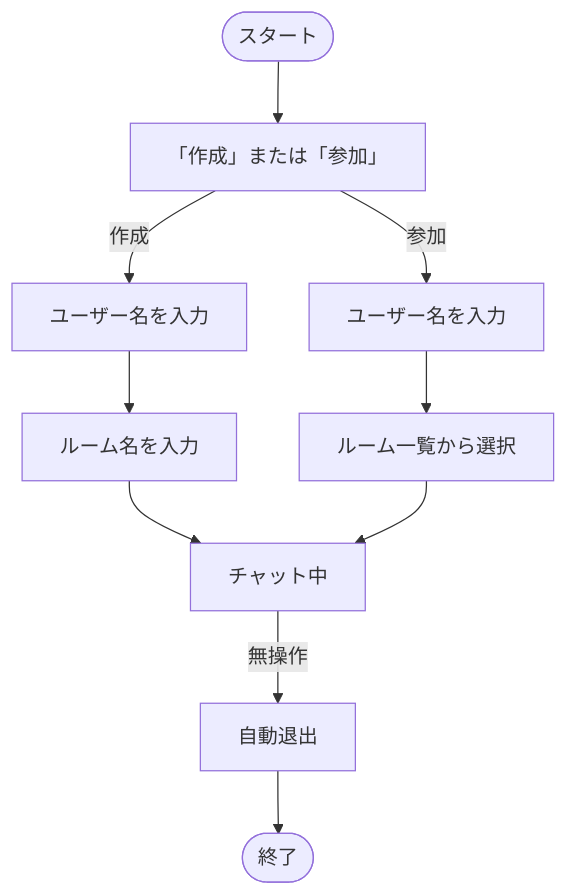
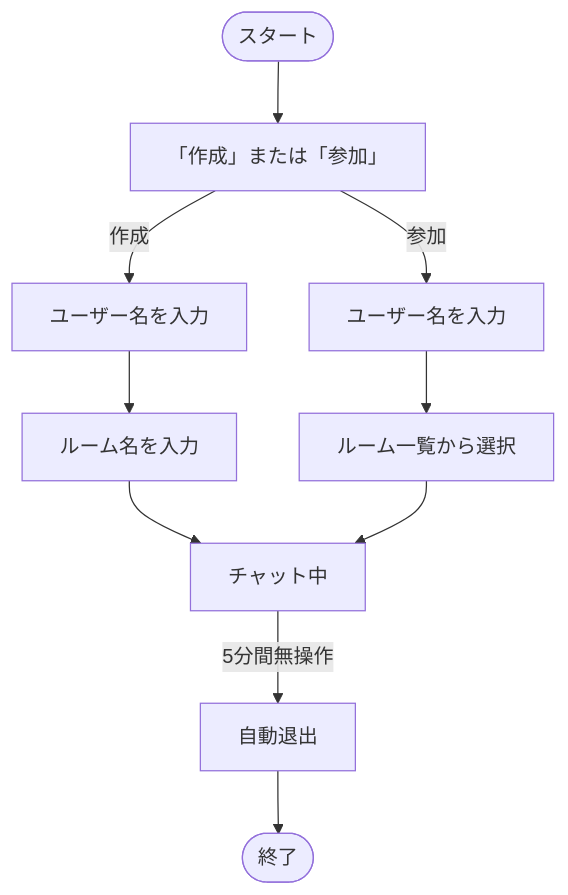
Before and after one commit to BackendExplorer/Online-Chat-Service: the first of 4 diagrams in README.md, drawn with Mermaid.

````diff
--- a/README.md
+++ b/README.md
@@ -170,22 +170,22 @@
 ```mermaid
 flowchart TD
     %%─── ノード定義 ───
     Start([スタート])
     選択["「作成」または「参加」"]
 
     入力作成[ユーザー名を入力]
     ルーム名入力[ルーム名を入力]
 
     入力参加[ユーザー名を入力]
     ルーム一覧[ルーム一覧から選択]
 
     チャット中[チャット中]
     自動退出[自動退出]
     End([終了])
 
     %%─── フロー定義 ───
     Start --> 選択
     選択 -- 作成 --> 入力作成 --> ルーム名入力 --> チャット中
     選択 -- 参加 --> 入力参加 --> ルーム一覧 --> チャット中
-    チャット中 -->|無操作| 自動退出 --> End
+    チャット中 -->|5分間無操作| 自動退出 --> End
 ```
````
